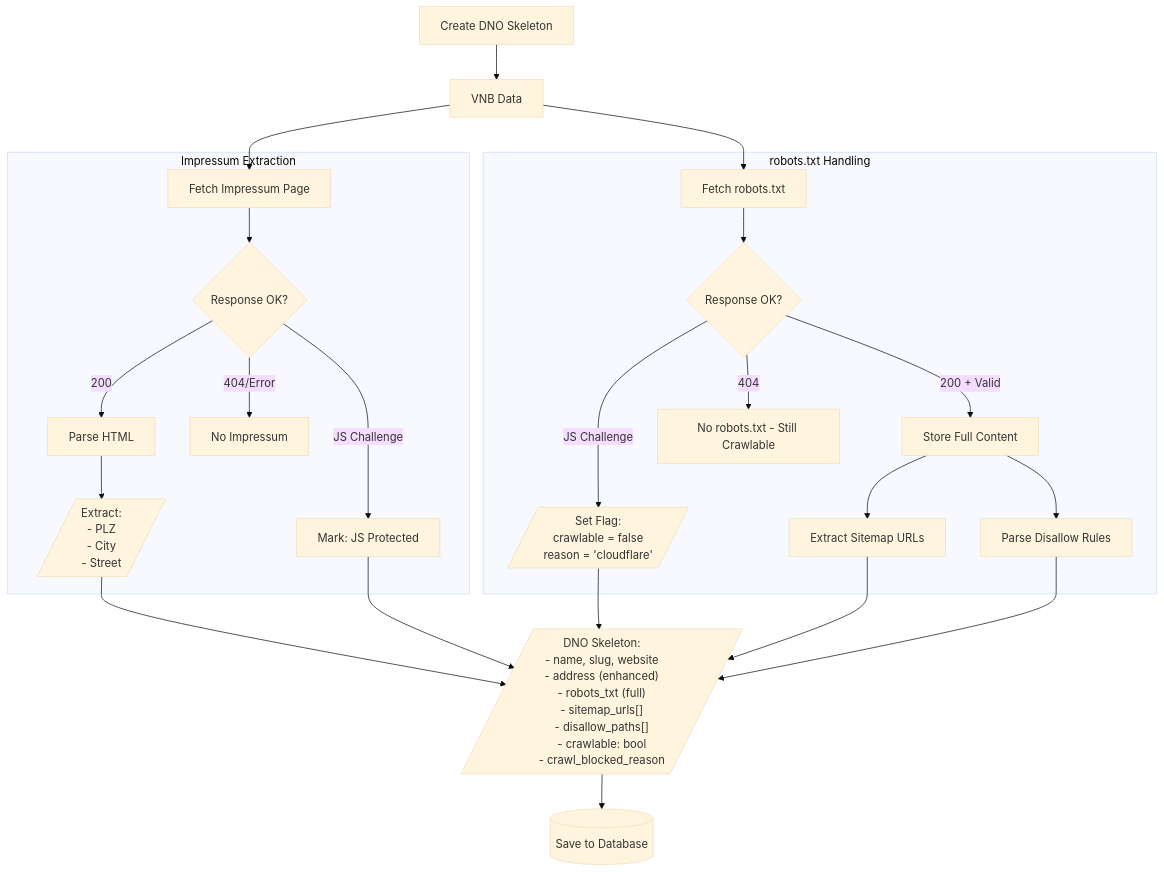
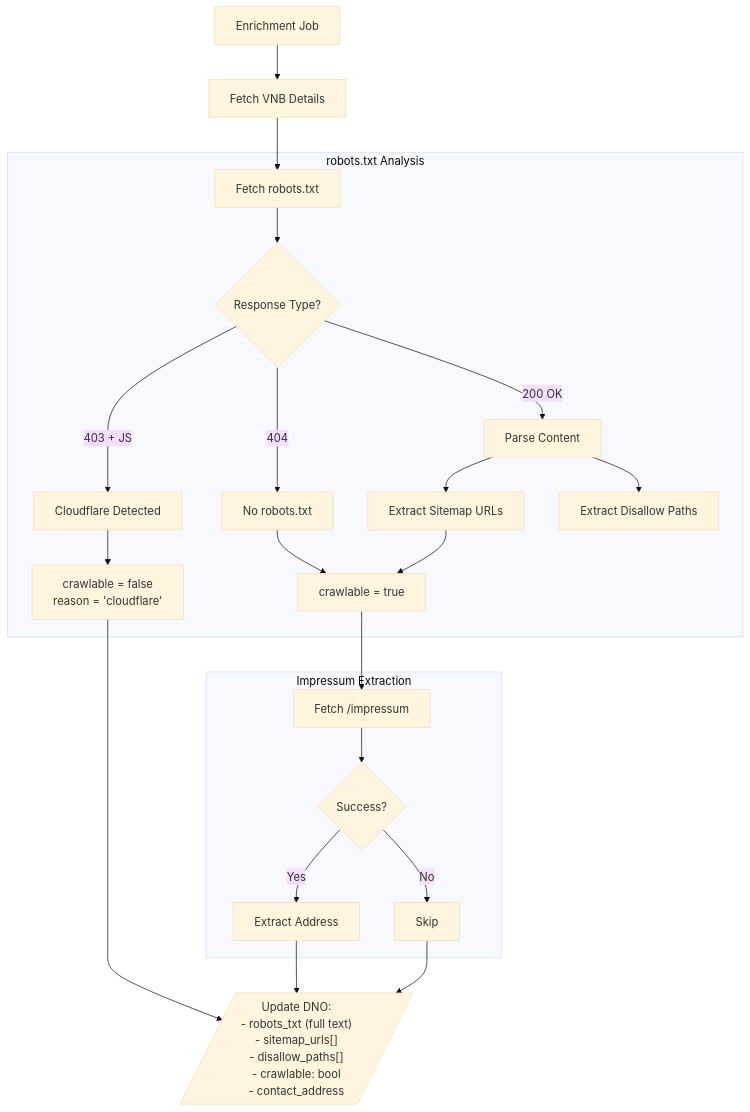
Before and after one commit to KyleDerZweite/dno-crawler: the third of 10 diagrams in backend/docs/FLOWCHART.md, drawn with Mermaid (base theme). The commit also changed other lines of this file and 6 other files, not shown here.

````diff
--- a/backend/docs/FLOWCHART.md
+++ b/backend/docs/FLOWCHART.md
@@ -90,48 +101,32 @@
 ```mermaid
 flowchart TD
-    START[Create DNO Skeleton] --> VNB[VNB Data]
+    START[Enrichment Job] --> VNB[Fetch VNB Details]
+    VNB --> ROBOTS[Fetch robots.txt]
     
-    VNB --> P1[Fetch Impressum Page]
-    VNB --> P2[Fetch robots.txt]
-    
-    subgraph Impressum["Impressum Extraction"]
-        P1 --> IMP1{Response OK?}
-        IMP1 --> |"200"| PARSE[Parse HTML]
-        IMP1 --> |"JS Challenge"| IMP_FAIL[Mark: JS Protected]
-        IMP1 --> |"404/Error"| IMP_NONE[No Impressum]
+    subgraph RobotsCheck["robots.txt Analysis"]
+        ROBOTS --> RESP{Response Type?}
+        RESP --> |"200 OK"| PARSE[Parse Content]
+        RESP --> |"403 + JS"| CF[Cloudflare Detected]
+        RESP --> |"404"| NONE[No robots.txt]
         
-        PARSE --> ADDR[/"Extract:
-        - PLZ
-        - City
-        - Street"/]
+        PARSE --> SITEMAP[Extract Sitemap URLs]
+        PARSE --> DISALLOW[Extract Disallow Paths]
+        
+        CF --> FLAG["crawlable = false<br/>reason = 'cloudflare'"]
+        NONE --> CRAWLABLE["crawlable = true"]
+        SITEMAP --> CRAWLABLE
     end
     
-    subgraph Robots["robots.txt Handling"]
-        P2 --> ROB1{Response OK?}
-        ROB1 --> |"200 + Valid"| STORE[Store Full Content]
-        ROB1 --> |"JS Challenge"| JS_FLAG[/"Set Flag:
-        crawlable = false
-        reason = 'cloudflare'"/]
-        ROB1 --> |"404"| NO_ROBOTS[No robots.txt - Still Crawlable]
-        
-        STORE --> SITEMAP_URL[Extract Sitemap URLs]
-        STORE --> DISALLOW[Parse Disallow Rules]
+    subgraph ImpressumCheck["Impressum Extraction"]
+        CRAWLABLE --> IMP[Fetch /impressum]
+        IMP --> IMP_OK{Success?}
+        IMP_OK --> |"Yes"| ADDR[Extract Address]
+        IMP_OK --> |"No"| SKIP[Skip]
     end
     
-    ADDR --> SKELETON
-    IMP_FAIL --> SKELETON
-    JS_FLAG --> SKELETON
-    SITEMAP_URL --> SKELETON
-    DISALLOW --> SKELETON
+    FLAG --> SAVE
+    ADDR --> SAVE
+    SKIP --> SAVE
     
-    SKELETON[/"DNO Skeleton:
-    - name, slug, website
-    - address (enhanced)
-    - robots_txt (full)
-    - sitemap_urls[]
-    - disallow_paths[]
-    - crawlable: bool
-    - crawl_blocked_reason"/]
-    
-    SKELETON --> DB[(Save to Database)]
+    SAVE[/"Update DNO:<br/>- robots_txt (full text)<br/>- sitemap_urls[]<br/>- disallow_paths[]<br/>- crawlable: bool<br/>- contact_address"/]
 ```
````
